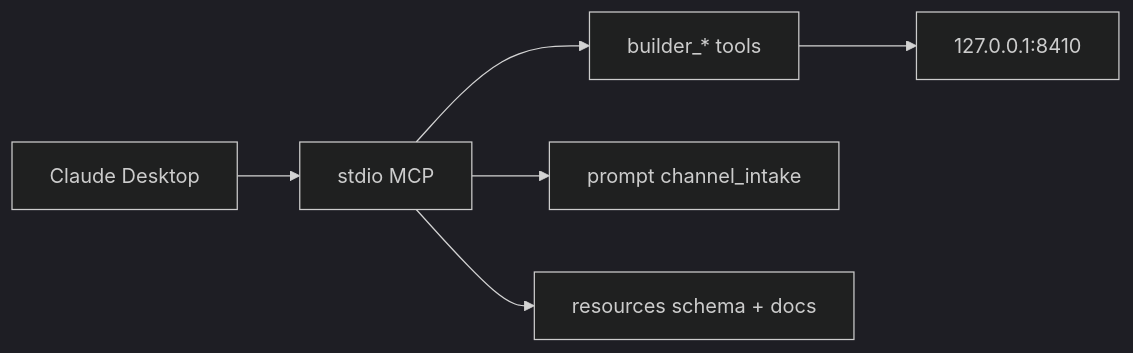
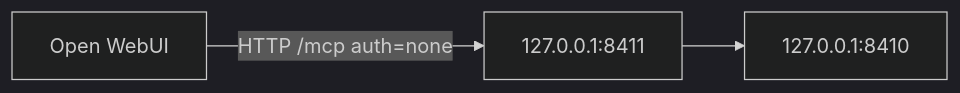
Before and after one commit to roto31/StreamTV: the seventh of 11 diagrams in docs/guides/CHANNEL_CREATOR_MCP_HOST_WIRING.md, drawn with Mermaid (dark theme). The commit also changed other lines of this file and 8 other files, not shown here.

````diff
--- a/docs/guides/CHANNEL_CREATOR_MCP_HOST_WIRING.md
+++ b/docs/guides/CHANNEL_CREATOR_MCP_HOST_WIRING.md
@@ -280,8 +201,5 @@
 ```mermaid
 flowchart LR
-  CD["Claude Desktop"] --> Stdio["stdio MCP"]
-  Stdio --> Tools["builder_* tools"]
-  Stdio --> Prompt["prompt channel_intake"]
-  Stdio --> Res["resources schema + docs"]
-  Tools --> API["127.0.0.1:8410"]
+  UI["Open WebUI"] -->|"HTTP /mcp auth=none"| MCP["127.0.0.1:8411"]
+  MCP --> API["127.0.0.1:8410"]
 ```
````
